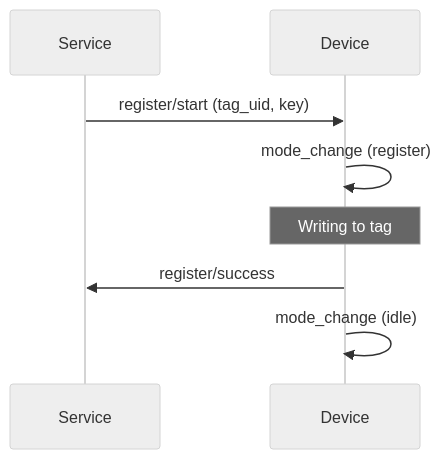
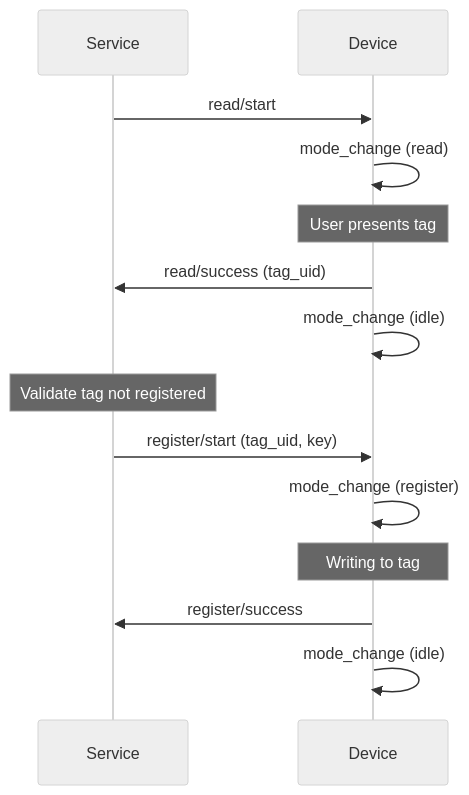
Before and after one commit to LibreTap/mqtt-protocol: the first of 3 diagrams in MQTT_PROTOCOL_SPEC.md, drawn with Mermaid (neutral theme). The commit also changed other lines of this file, not shown here.

Commit message:
feat: update read flow to include tag discovery before registration

````diff
--- a/MQTT_PROTOCOL_SPEC.md
+++ b/MQTT_PROTOCOL_SPEC.md
@@ -186,11 +186,17 @@
 ```mermaid
 sequenceDiagram
     participant Service
     participant Device
     
+    Service->>Device: read/start
+    Device->>Device: mode_change (read)
+    Note over Device: User presents tag
+    Device->>Service: read/success (tag_uid)
+    Device->>Device: mode_change (idle)
+    Note over Service: Validate tag not registered
     Service->>Device: register/start (tag_uid, key)
     Device->>Device: mode_change (register)
     Note over Device: Writing to tag
     Device->>Service: register/success
     Device->>Device: mode_change (idle)
 ```
````
